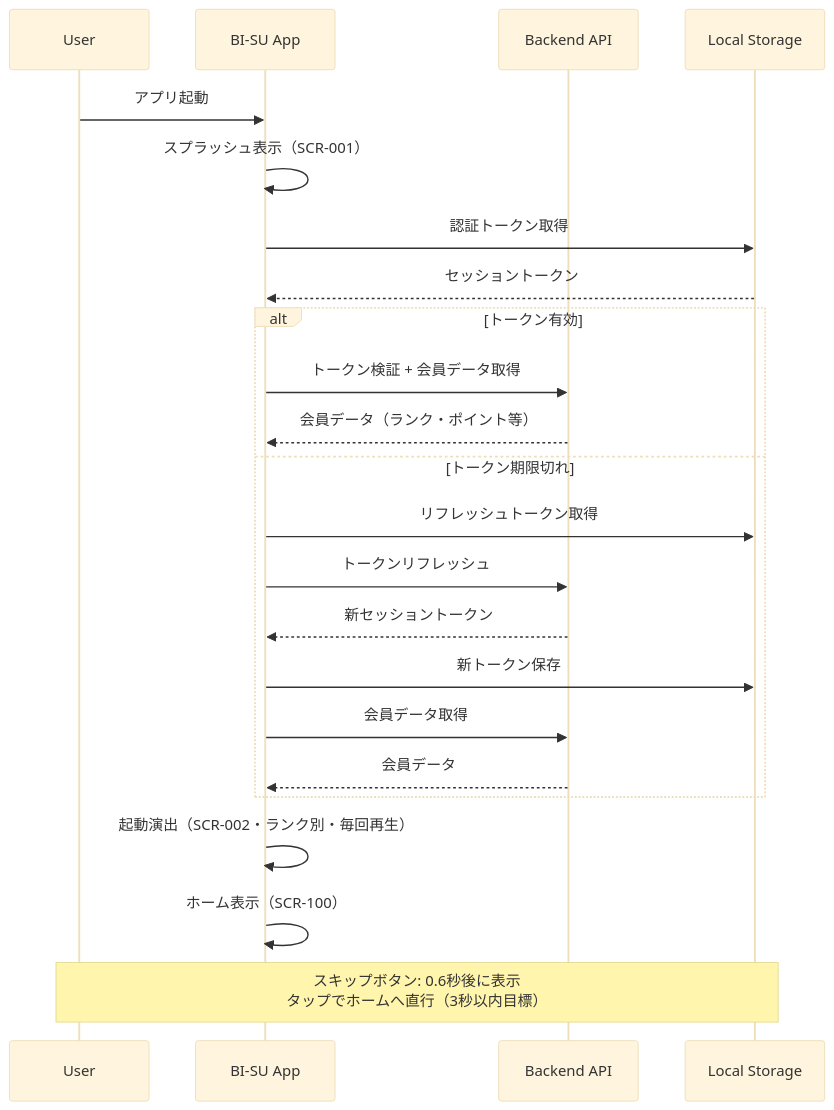
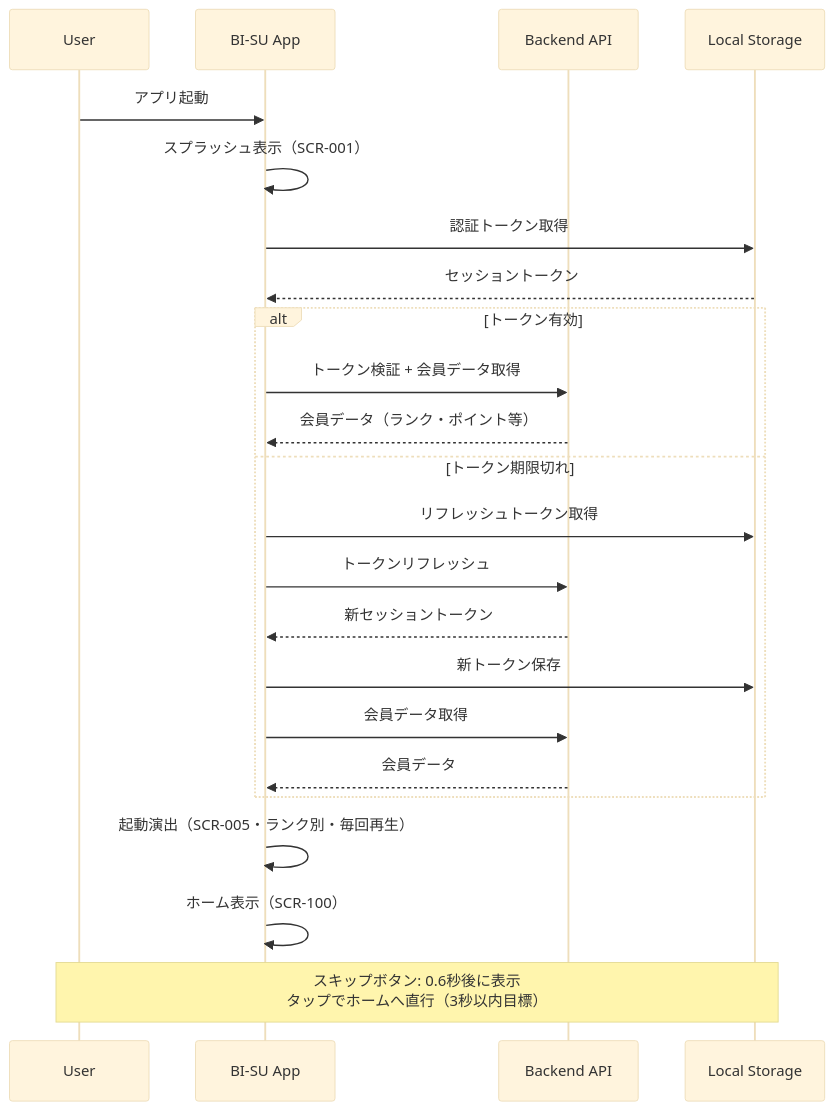
Before and after one commit to YukaHasebe/bi-su-app: the third of 24 diagrams in docs/05_シーケンス図.md, drawn with Mermaid (base theme). The commit also changed other lines of this file and 6 other files, not shown here.

````diff
--- a/docs/05_シーケンス図.md
+++ b/docs/05_シーケンス図.md
@@ -85,29 +85,29 @@
 ```mermaid
 sequenceDiagram
     participant U as User
     participant App as BI-SU App
     participant API as Backend API
     participant LS as Local Storage
 
     U->>App: アプリ起動
     App->>App: スプラッシュ表示（SCR-001）
     App->>LS: 認証トークン取得
     LS-->>App: セッショントークン
 
     alt トークン有効
         App->>API: トークン検証 + 会員データ取得
         API-->>App: 会員データ（ランク・ポイント等）
     else トークン期限切れ
         App->>LS: リフレッシュトークン取得
         App->>API: トークンリフレッシュ
         API-->>App: 新セッショントークン
         App->>LS: 新トークン保存
         App->>API: 会員データ取得
         API-->>App: 会員データ
     end
 
-    App->>App: 起動演出（SCR-002・ランク別・毎回再生）
+    App->>App: 起動演出（SCR-005・ランク別・毎回再生）
     App->>App: ホーム表示（SCR-100）
 
     Note over U,LS: スキップボタン: 0.6秒後に表示<br/>タップでホームへ直行（3秒以内目標）
 ```
````
